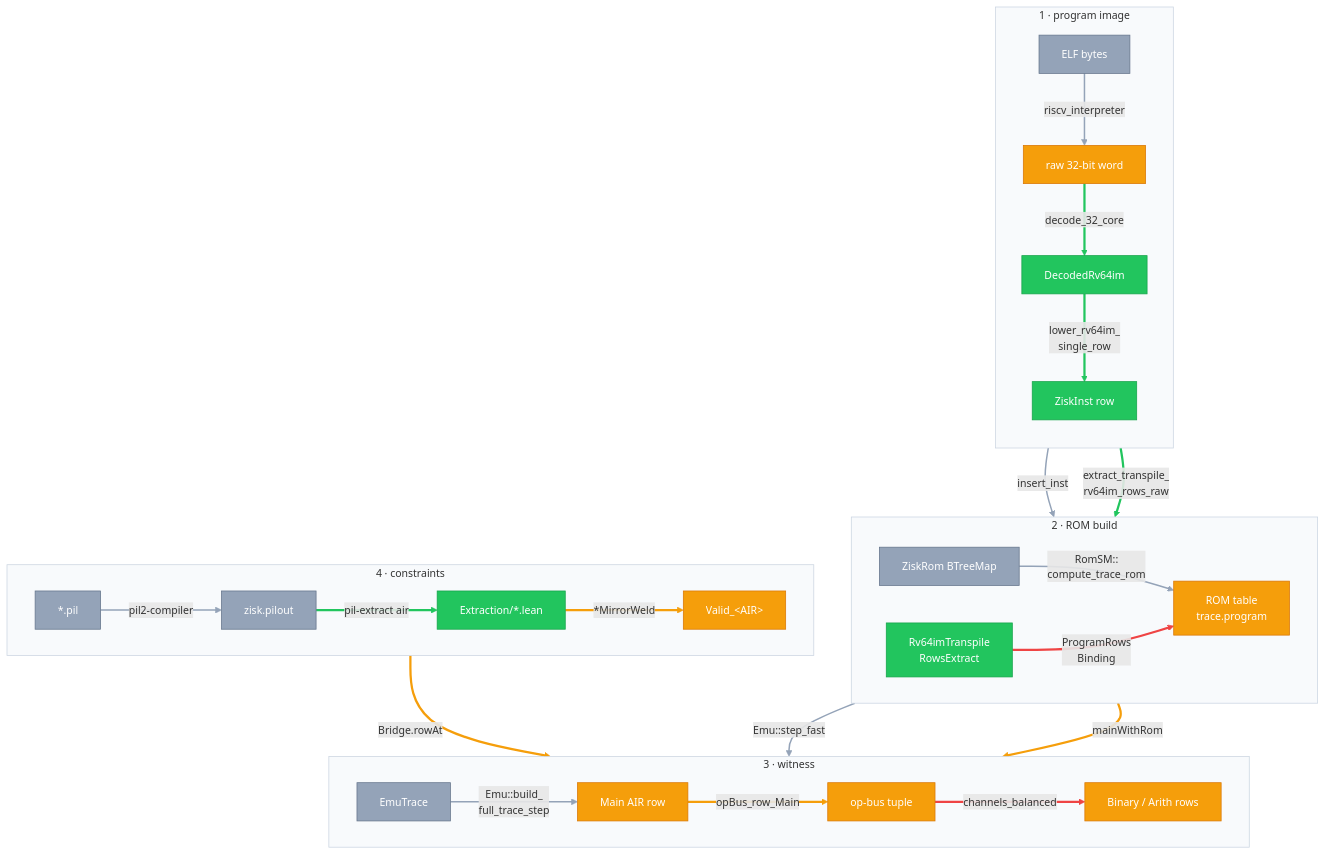
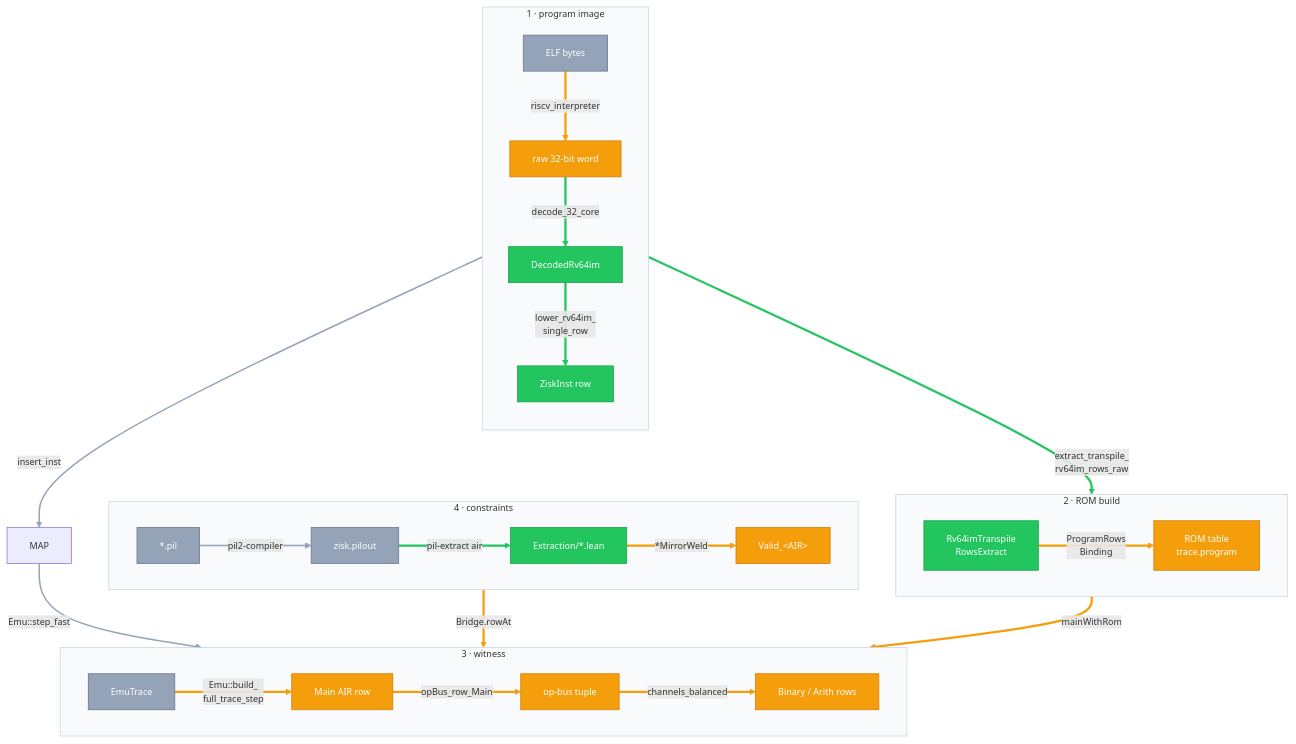
The diagram in 2026-09-21-zisk-fv-handoff/diagrams/zisk-extraction.mmd (codygunton/talks-and-writing), drawn with Mermaid before and after one commit. The commit also changed 6 other files, not shown here.

First line of the commit message:
Lean syntax highlighting, and a Mermaid diagram checker

```diff
--- a/2026-09-21-zisk-fv-handoff/diagrams/zisk-extraction.mmd
+++ b/2026-09-21-zisk-fv-handoff/diagrams/zisk-extraction.mmd
@@ -1,76 +1,75 @@
-%%{init: {"theme": "default", "themeVariables": {"primaryTextColor": "#334155", "lineColor": "#94a3b8", "fontSize": "14px"}}}%%
+%%{init: {"theme": "default", "themeVariables": {"primaryTextColor": "#334155", "lineColor": "#94a3b8", "fontSize": "12px"}}}%%
+%% EDITING THIS FILE
+%%   Every arrow carries a name:   A e_foo@-->|"label"| B
+%%   Colour is set by name at the bottom, never by position.
+%%   Rule: an arrow takes the colour of the node it points AT.
+%%   Check your edit with:  node ../../check-mmd.mjs
 flowchart TB
+    %% node palette
     classDef extracted fill:#22c55e,stroke:#16a34a,color:#ffffff
     classDef modeled   fill:#f59e0b,stroke:#d97706,color:#ffffff
     classDef assumed   fill:#ef4444,stroke:#dc2626,color:#ffffff
     classDef absent    fill:#94a3b8,stroke:#64748b,color:#ffffff
+
+    %% arrow palette — same colours, fill:none so the curve is not filled
+    classDef eExtracted stroke:#22c55e,stroke-width:3px,fill:none
+    classDef eModeled   stroke:#f59e0b,stroke-width:3px,fill:none
+    classDef eAssumed   stroke:#ef4444,stroke-width:3px,fill:none
+    classDef eAbsent    stroke:#94a3b8,stroke-width:2px,fill:none
 
     subgraph SRC["1 · program image"]
         direction TB
         ELF["ELF bytes"]:::absent
         RAW["raw 32-bit word"]:::modeled
         DEC["DecodedRv64im"]:::extracted
         ZI["ZiskInst row"]:::extracted
-        ELF -->|"riscv_interpreter"| RAW
-        RAW -->|"decode_32_core"| DEC
-        DEC -->|"lower_rv64im_<br/>single_row"| ZI
+        ELF e_fetch@-->|"riscv_interpreter"| RAW
+        RAW e_decode@-->|"decode_32_core"| DEC
+        DEC e_lower@-->|"lower_rv64im_<br/>single_row"| ZI
     end
 
     subgraph ROMB["2 · ROM build"]
         direction LR
-        MAP["ZiskRom BTreeMap"]:::absent
         AEN["Rv64imTranspile<br/>RowsExtract"]:::extracted
         ROMT["ROM table<br/>trace.program"]:::modeled
-        MAP -->|"RomSM::<br/>compute_trace_rom"| ROMT
-        AEN -->|"ProgramRows<br/>Binding"| ROMT
+        AEN e_progbind@-->|"ProgramRows<br/>Binding"| ROMT
     end
 
     subgraph WIT["3 · witness"]
         direction LR
         EMU["EmuTrace"]:::absent
         MT["Main AIR row"]:::modeled
         OB["op-bus tuple"]:::modeled
         SEC["Binary / Arith rows"]:::modeled
-        EMU -->|"Emu::build_<br/>full_trace_step"| MT
-        MT -->|"opBus_row_Main"| OB
-        OB -->|"channels_balanced"| SEC
+        EMU e_buildrow@-->|"Emu::build_<br/>full_trace_step"| MT
+        MT e_opbus@-->|"opBus_row_Main"| OB
+        OB e_balance@-->|"channels_balanced"| SEC
     end
 
     subgraph CON["4 · constraints"]
         direction LR
         PIL["*.pil"]:::absent
         PO["zisk.pilout"]:::absent
         EX["Extraction/*.lean"]:::extracted
         VA["Valid_&lt;AIR&gt;"]:::modeled
-        PIL -->|"pil2-compiler"| PO
-        PO -->|"pil-extract air"| EX
-        EX -->|"*MirrorWeld"| VA
+        PIL e_pilc@-->|"pil2-compiler"| PO
+        PO e_pilextract@-->|"pil-extract air"| EX
+        EX e_weld@-->|"*MirrorWeld"| VA
     end
 
-    ZI   -->|"insert_inst"| MAP
-    ZI   -->|"extract_transpile_<br/>rv64im_rows_raw"| AEN
-    MAP  -->|"Emu::step_fast"| EMU
-    ROMT -->|"mainWithRom"| MT
-    VA   -->|"Bridge.rowAt"| MT
+    %% TODO: MAP is never declared — give it a label and a :::class
+    ZI   e_instmap@-->|"insert_inst"| MAP
+    ZI   e_transpile@-->|"extract_transpile_<br/>rv64im_rows_raw"| AEN
+    MAP  e_stepfast@-->|"Emu::step_fast"| EMU
+    ROMT e_mainrom@-->|"mainWithRom"| MT
+    VA   e_bridge@-->|"Bridge.rowAt"| MT
 
-    linkStyle 0  stroke:#94a3b8,stroke-width:2px
-    linkStyle 1  stroke:#22c55e,stroke-width:3px
-    linkStyle 2  stroke:#22c55e,stroke-width:3px
-    linkStyle 3  stroke:#94a3b8,stroke-width:2px
-    linkStyle 4  stroke:#ef4444,stroke-width:3px
-    linkStyle 5  stroke:#94a3b8,stroke-width:2px
-    linkStyle 6  stroke:#f59e0b,stroke-width:3px
-    linkStyle 7  stroke:#ef4444,stroke-width:3px
-    linkStyle 8  stroke:#94a3b8,stroke-width:2px
-    linkStyle 9  stroke:#22c55e,stroke-width:3px
-    linkStyle 10 stroke:#f59e0b,stroke-width:3px
-    linkStyle 11 stroke:#94a3b8,stroke-width:2px
-    linkStyle 12 stroke:#22c55e,stroke-width:3px
-    linkStyle 13 stroke:#94a3b8,stroke-width:2px
-    linkStyle 14 stroke:#f59e0b,stroke-width:3px
-    linkStyle 15 stroke:#f59e0b,stroke-width:3px
+    %% arrow colours — by name, order does not matter
+    class e_decode,e_lower,e_pilextract,e_transpile eExtracted
+    class e_fetch,e_progbind,e_buildrow,e_opbus,e_balance,e_weld,e_mainrom,e_bridge eModeled
+    class e_pilc,e_instmap,e_stepfast eAbsent
 
     style SRC  fill:#f8fafc,stroke:#cbd5e1
     style ROMB fill:#f8fafc,stroke:#cbd5e1
     style WIT  fill:#f8fafc,stroke:#cbd5e1
     style CON  fill:#f8fafc,stroke:#cbd5e1
```
